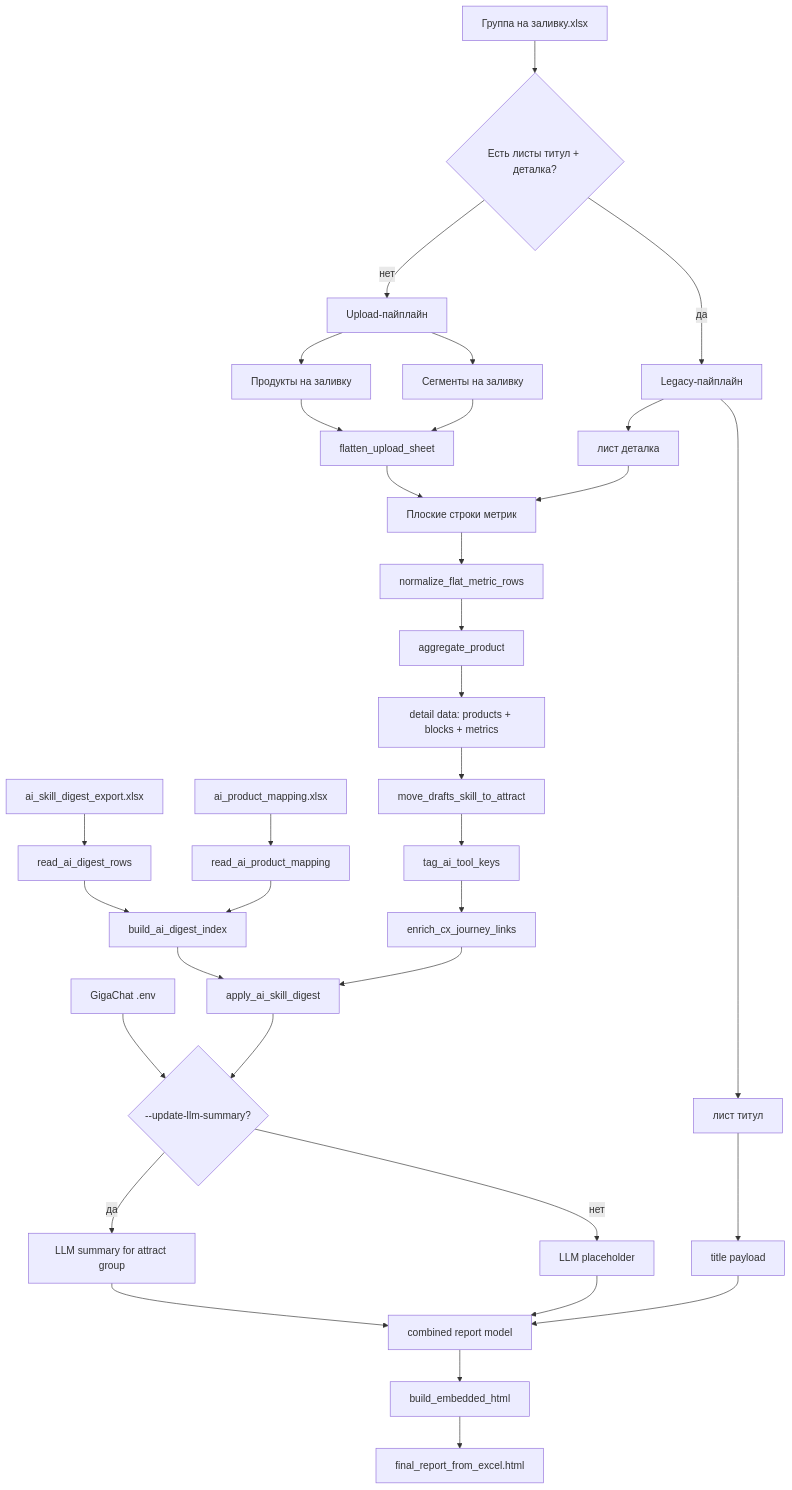
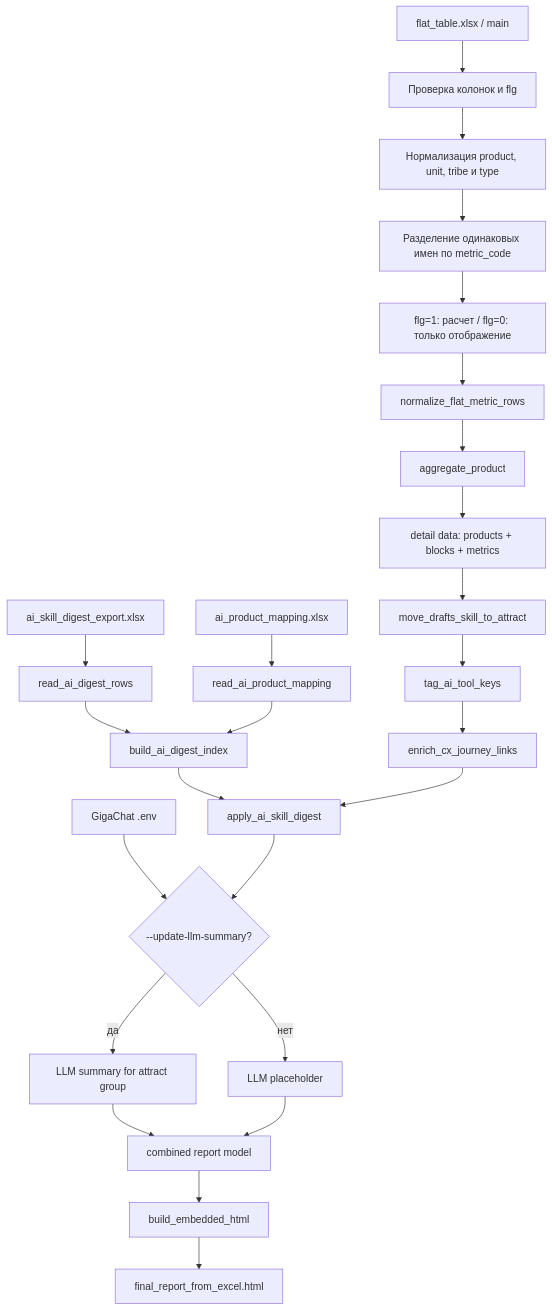
One commit to schischko-r/DD changed the diagram in README.md. Above: the diagram before and after it, drawn with Mermaid. The commit also changed other lines of this file and 9 other files, not shown here.

Commit message:
Перевести рейтинг DD на flat_table.xlsx

````diff
--- a/README.md
+++ b/README.md
@@ -62,42 +62,30 @@
 ```mermaid
 flowchart TD
-    A["Группа на заливку.xlsx"] --> B{"Есть листы титул + деталка?"}
-
-    B -->|нет| C["Upload-пайплайн"]
-    C --> C1["Продукты на заливку"]
-    C --> C2["Сегменты на заливку"]
-    C1 --> D["flatten_upload_sheet"]
-    C2 --> D
-    D --> E["Плоские строки метрик"]
-
-    B -->|да| F["Legacy-пайплайн"]
-    F --> F1["лист титул"]
-    F --> F2["лист деталка"]
-    F1 --> G["title payload"]
-    F2 --> E
-
+    A["flat_table.xlsx / main"] --> B["Проверка колонок и flg"]
+    B --> C["Нормализация product, unit, tribe и type"]
+    C --> D["Разделение одинаковых имен по metric_code"]
+    D --> E["flg=1: расчет / flg=0: только отображение"]
     E --> H["normalize_flat_metric_rows"]
     H --> I["aggregate_product"]
     I --> J["detail data: products + blocks + metrics"]
     J --> K["move_drafts_skill_to_attract"]
     K --> L["tag_ai_tool_keys"]
     L --> M["enrich_cx_journey_links"]
 
     N["ai_skill_digest_export.xlsx"] --> O["read_ai_digest_rows"]
     P["ai_product_mapping.xlsx"] --> Q["read_ai_product_mapping"]
     O --> R["build_ai_digest_index"]
     Q --> R
     R --> S["apply_ai_skill_digest"]
     M --> S
 
     T["GigaChat .env"] --> U{"--update-llm-summary?"}
     S --> U
     U -->|да| V["LLM summary for attract group"]
     U -->|нет| W["LLM placeholder"]
     V --> X["combined report model"]
     W --> X
 
-    G --> X
     X --> Y["build_embedded_html"]
     Y --> Z["final_report_from_excel.html"]
 ```
````
